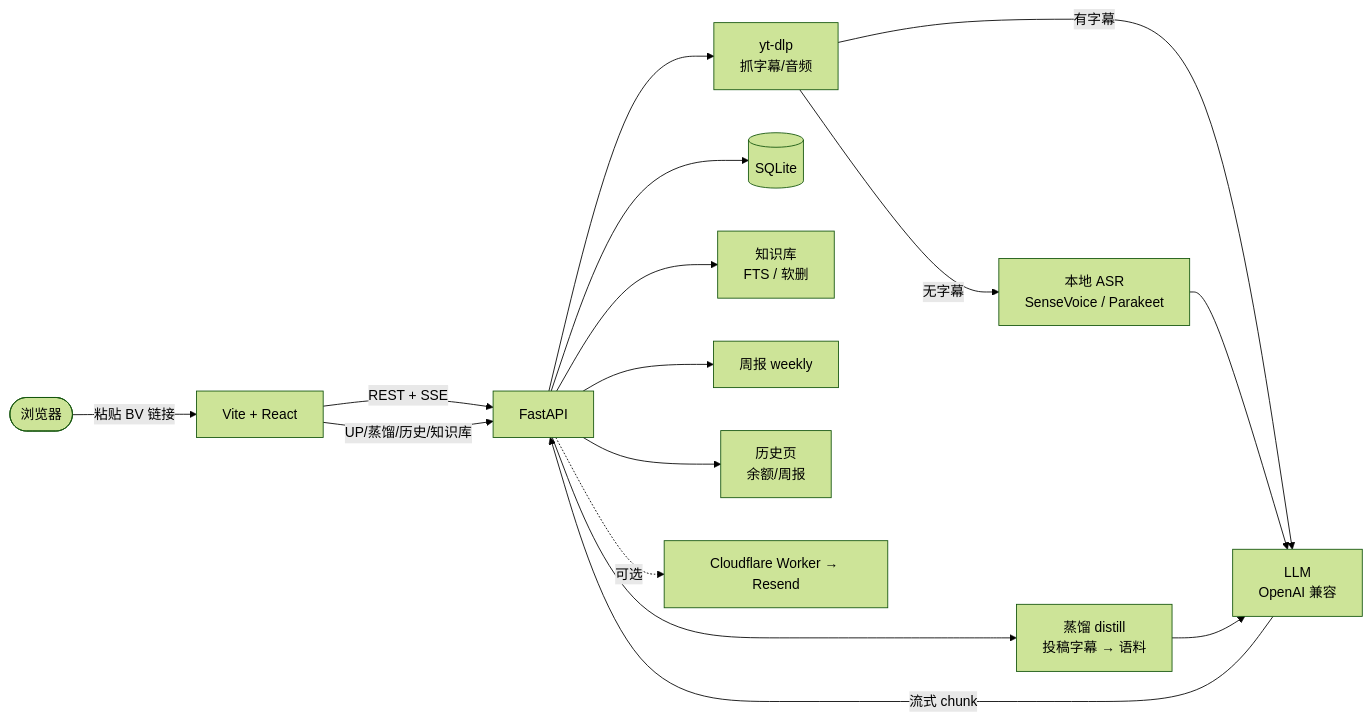
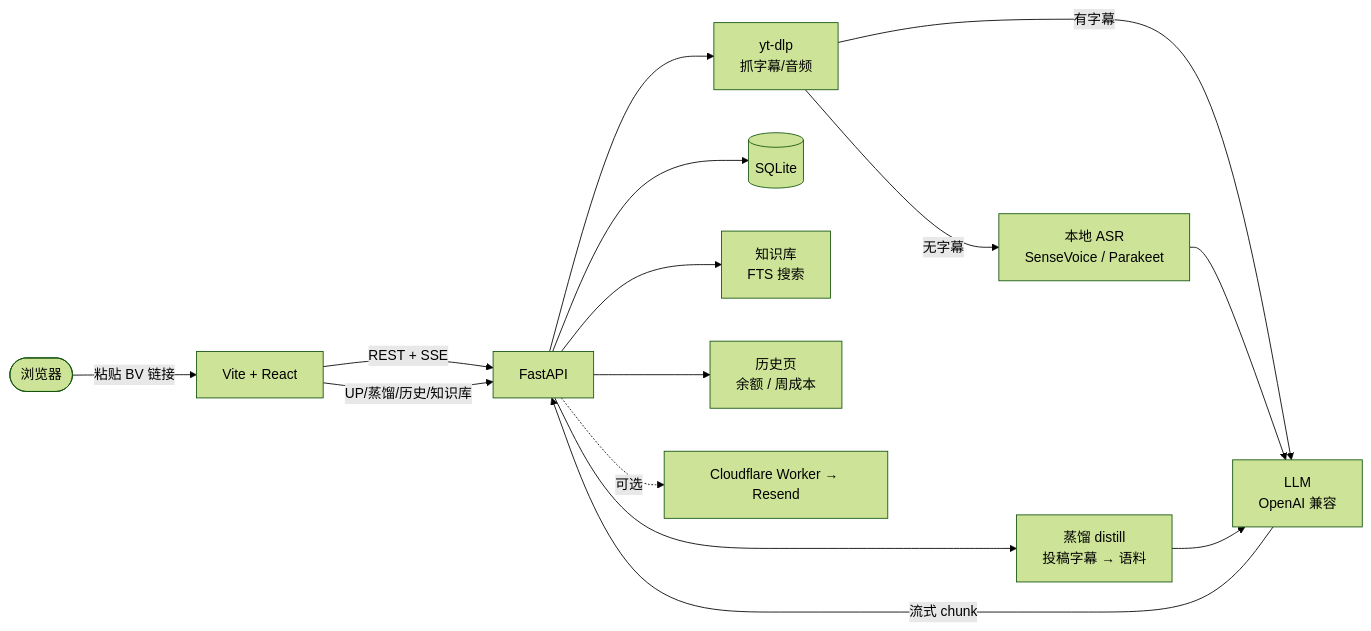
Before and after one commit to BazingaOrg/biri-youyaku: the diagram in README.md, drawn with Mermaid (forest theme). The commit also changed other lines of this file and 17 other files, not shown here.

````diff
--- a/README.md
+++ b/README.md
@@ -126,18 +126,17 @@
 ```mermaid
 flowchart LR
     user([浏览器]) -->|粘贴 BV 链接| web[Vite + React]
     web -->|REST + SSE| api[FastAPI]
     web -->|UP/蒸馏/历史/知识库| api
     api --> ytdlp[yt-dlp<br/>抓字幕/音频]
     ytdlp -->|有字幕| llm
     ytdlp -->|无字幕| asr[本地 ASR<br/>SenseVoice / Parakeet]
     asr --> llm[LLM<br/>OpenAI 兼容]
     api --> distill[蒸馏 distill<br/>投稿字幕 → 语料]
     distill --> llm
     llm -->|流式 chunk| api
     api --> db[(SQLite)]
-    api --> knowledge[知识库<br/>FTS / 软删]
-    api --> weekly[周报 weekly]
-    api --> stats[历史页<br/>余额/周报]
+    api --> knowledge[知识库<br/>FTS 搜索]
+    api --> stats[历史页<br/>余额 / 周成本]
     api -. 可选 .-> mail[Cloudflare Worker → Resend]
 ```
````
